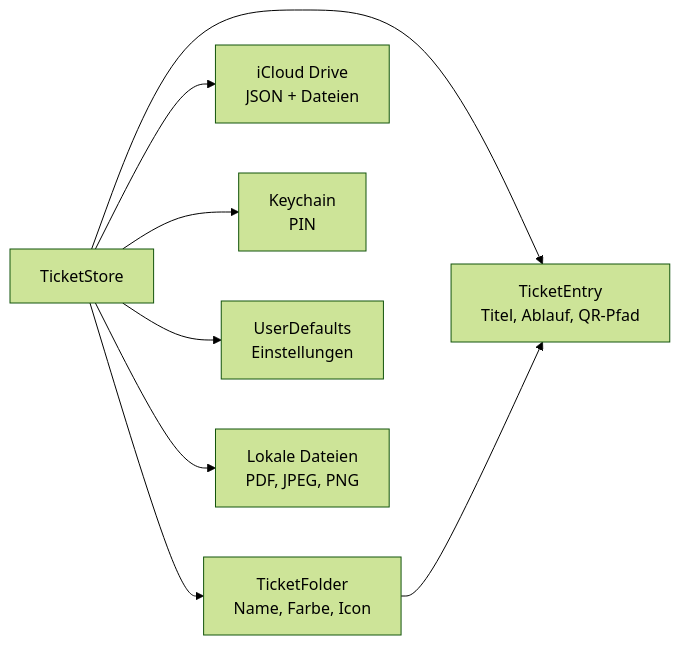
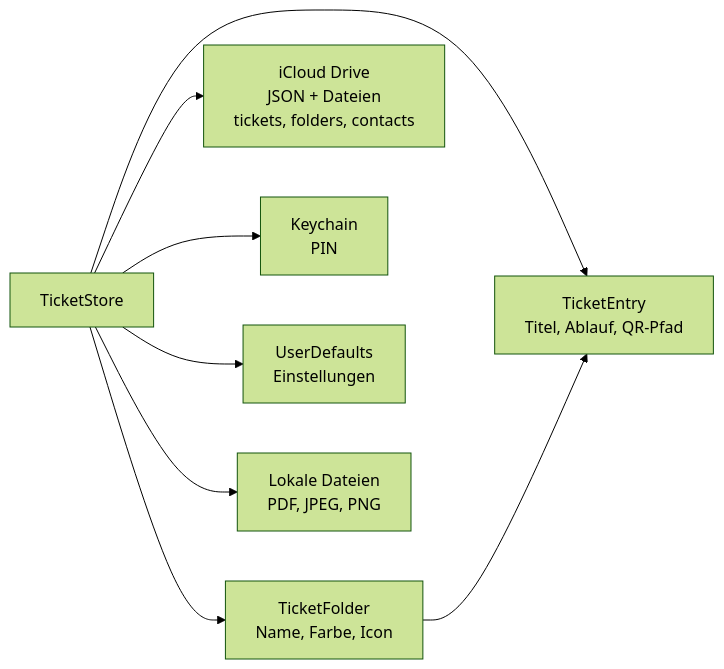
The second of 3 diagrams in docs/Arca-Tickets.md (zenruffinen/Arca), drawn with Mermaid (forest theme) before and after one commit. The commit also changed other lines of this file and 1 other file, not shown here.

First line of the commit message:
Arca Tickets: Wichtige Nummern dokumentieren und Build-Fix

````diff
--- a/docs/Arca-Tickets.md
+++ b/docs/Arca-Tickets.md
@@ -379,10 +421,10 @@
 ```mermaid
 flowchart LR
     STORE["TicketStore"] --> TE["TicketEntry<br/>Titel, Ablauf, QR-Pfad"]
     STORE --> TF["TicketFolder<br/>Name, Farbe, Icon"]
     TF --> TE
-    STORE --> P1["iCloud Drive<br/>JSON + Dateien"]
+    STORE --> P1["iCloud Drive<br/>JSON + Dateien<br/>tickets, folders, contacts"]
     STORE --> P2["Keychain<br/>PIN"]
     STORE --> P3["UserDefaults<br/>Einstellungen"]
     STORE --> P4["Lokale Dateien<br/>PDF, JPEG, PNG"]
 ```
````
